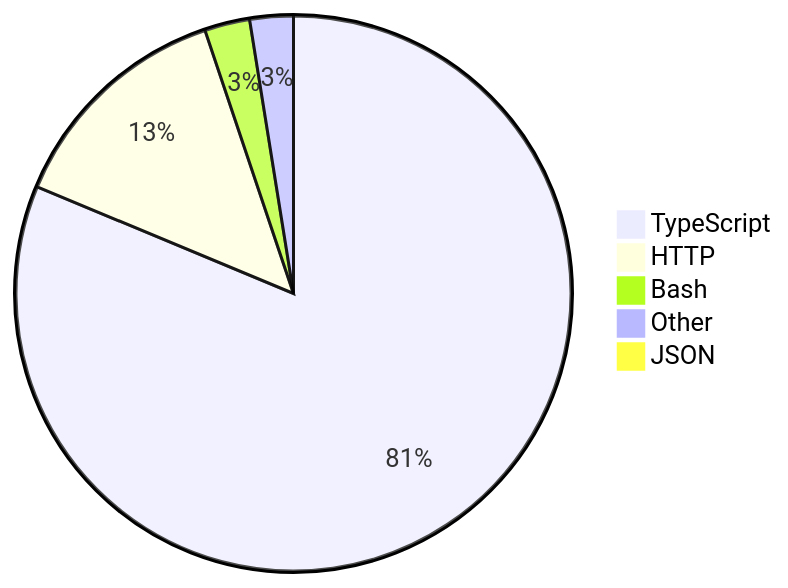
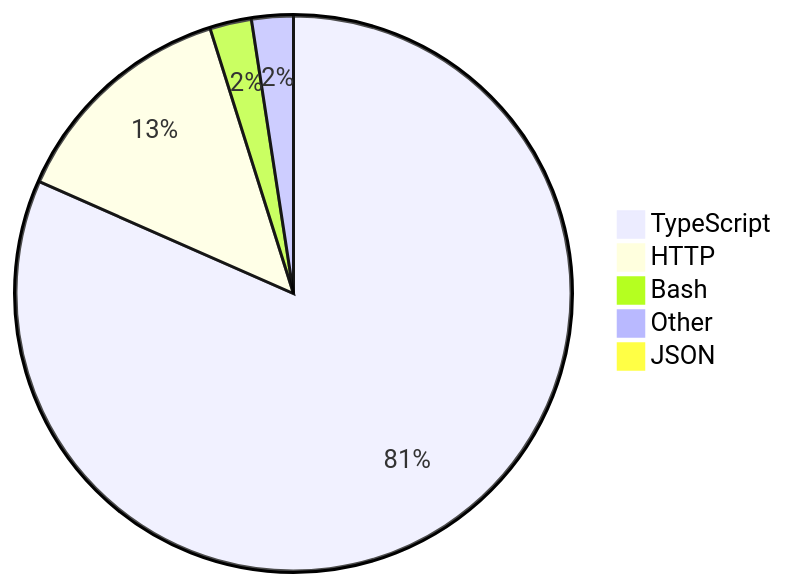
The diagram in README.md (skvggor/skvggor), drawn with Mermaid before and after one commit.

Commit message:
Updated waka-readme graph with new metrics

````diff
--- a/README.md
+++ b/README.md
@@ -16,8 +16,8 @@
 ```mermaid
 pie
-    "TypeScript" : 80.3
+    "TypeScript" : 80.7
     "HTTP" : 13.4
-    "Bash" : 2.6
-    "Other" : 2.5
+    "Bash" : 2.4
+    "Other" : 2.4
     "JSON" : 0.8
 ```
````
